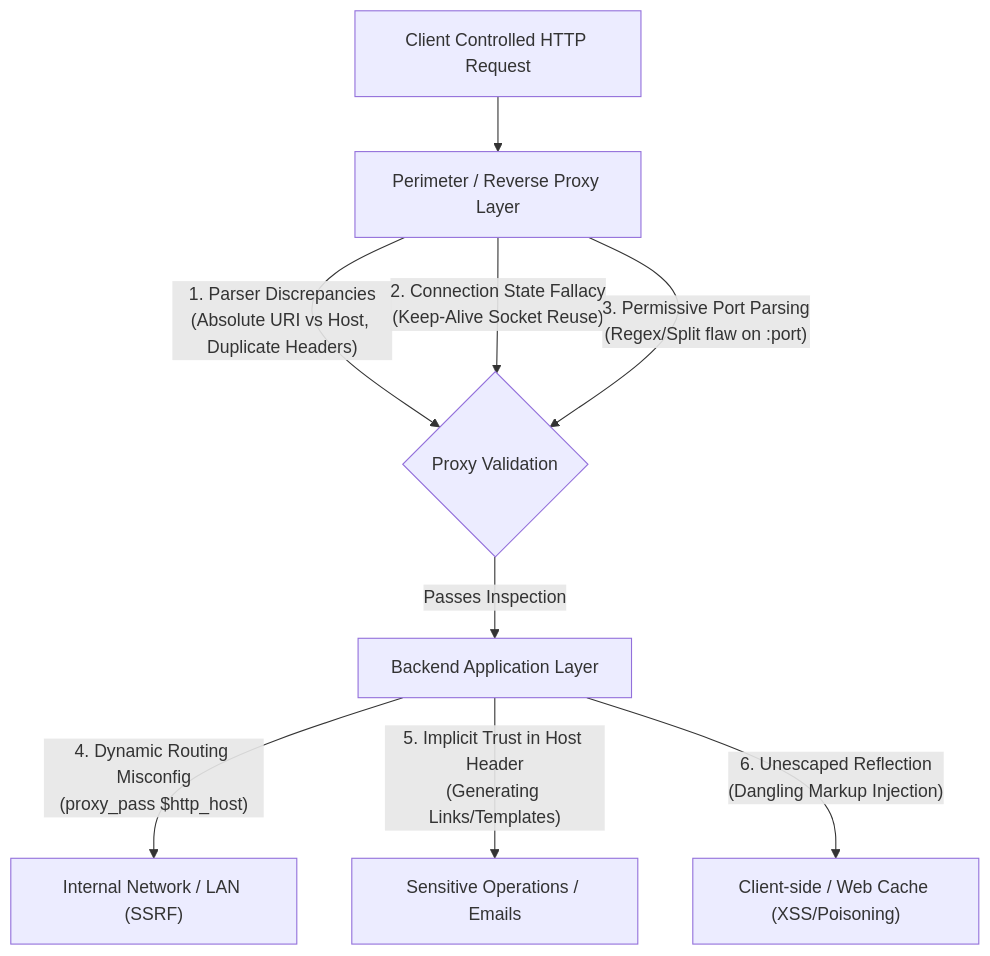
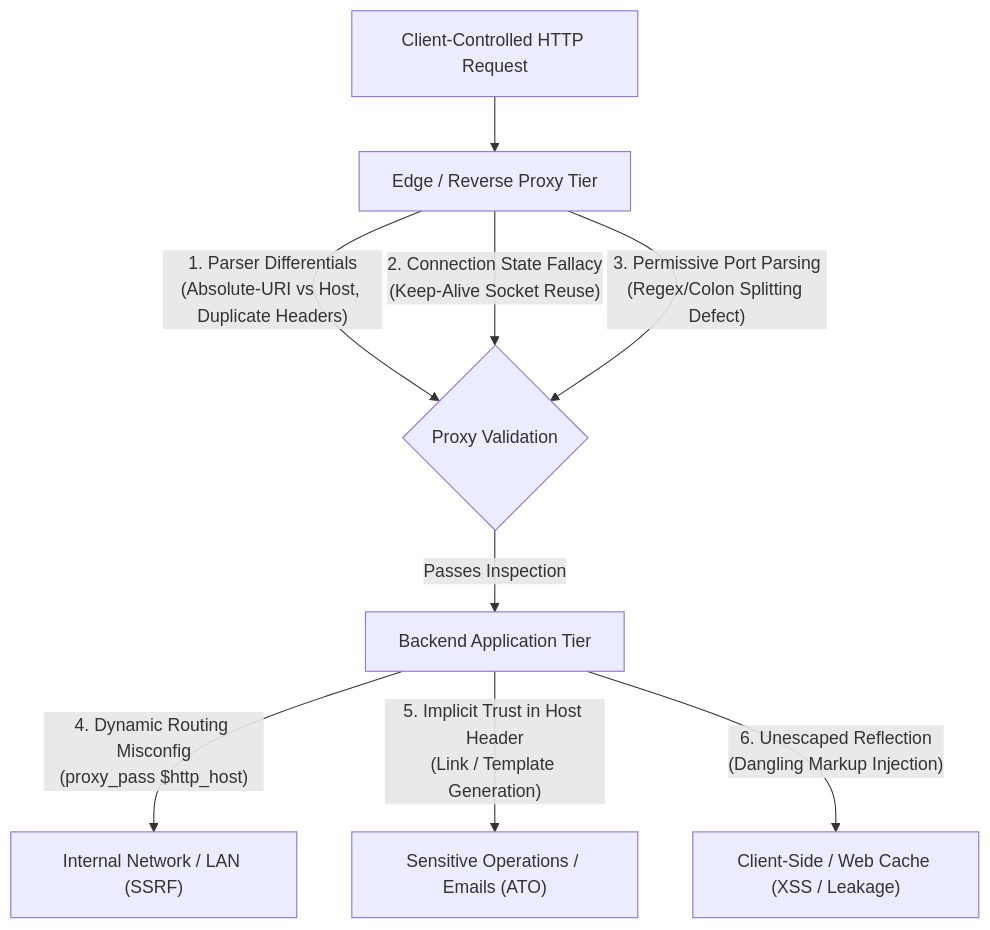
Before and after one commit to k0z1l/k0z1l.github.io: the first of 4 diagrams in content/writeups/portswigger-http-host-header-attack/_index.md, drawn with Mermaid. The commit also changed other lines of this file, not shown here.

Commit message:
docs(series): translate and refine host header master synthesis in English

````diff
--- a/content/writeups/portswigger-http-host-header-attack/_index.md
+++ b/content/writeups/portswigger-http-host-header-attack/_index.md
@@ -39,13 +39,13 @@
 ```mermaid
 flowchart TD
-    A["Client Controlled HTTP Request"] --> B["Perimeter / Reverse Proxy Layer"]
-    B -->|"1. Parser Discrepancies<br/>(Absolute URI vs Host, Duplicate Headers)"| C{"Proxy Validation"}
+    A["Client-Controlled HTTP Request"] --> B["Edge / Reverse Proxy Tier"]
+    B -->|"1. Parser Differentials<br/>(Absolute-URI vs Host, Duplicate Headers)"| C{"Proxy Validation"}
     B -->|"2. Connection State Fallacy<br/>(Keep-Alive Socket Reuse)"| C
-    B -->|"3. Permissive Port Parsing<br/>(Regex/Split flaw on :port)"| C
+    B -->|"3. Permissive Port Parsing<br/>(Regex/Colon Splitting Defect)"| C
     
-    C -->|"Passes Inspection"| D["Backend Application Layer"]
+    C -->|"Passes Inspection"| D["Backend Application Tier"]
     
     D -->|"4. Dynamic Routing Misconfig<br/>(proxy_pass $http_host)"| E["Internal Network / LAN (SSRF)"]
-    D -->|"5. Implicit Trust in Host Header<br/>(Generating Links/Templates)"| F["Sensitive Operations / Emails"]
-    D -->|"6. Unescaped Reflection<br/>(Dangling Markup Injection)"| G["Client-side / Web Cache (XSS/Poisoning)"]
+    D -->|"5. Implicit Trust in Host Header<br/>(Link / Template Generation)"| F["Sensitive Operations / Emails (ATO)"]
+    D -->|"6. Unescaped Reflection<br/>(Dangling Markup Injection)"| G["Client-Side / Web Cache (XSS / Leakage)"]
 ```
````
